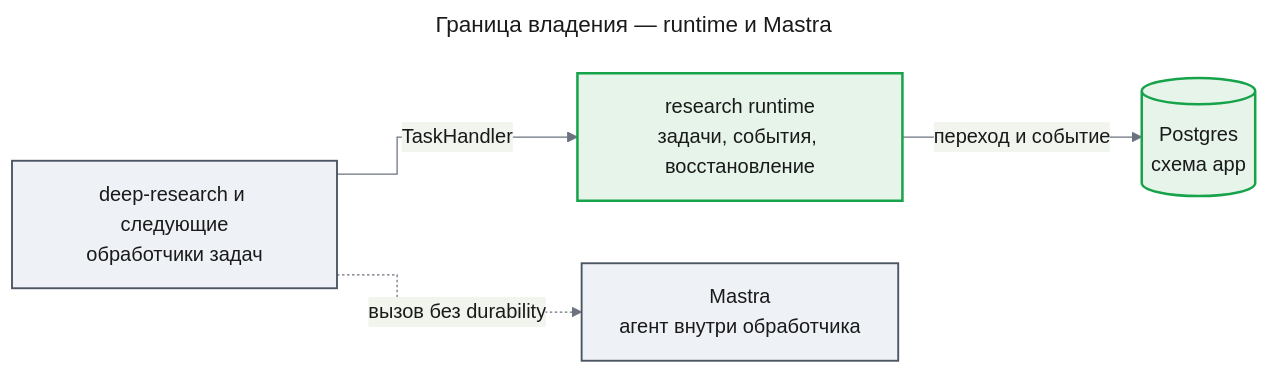
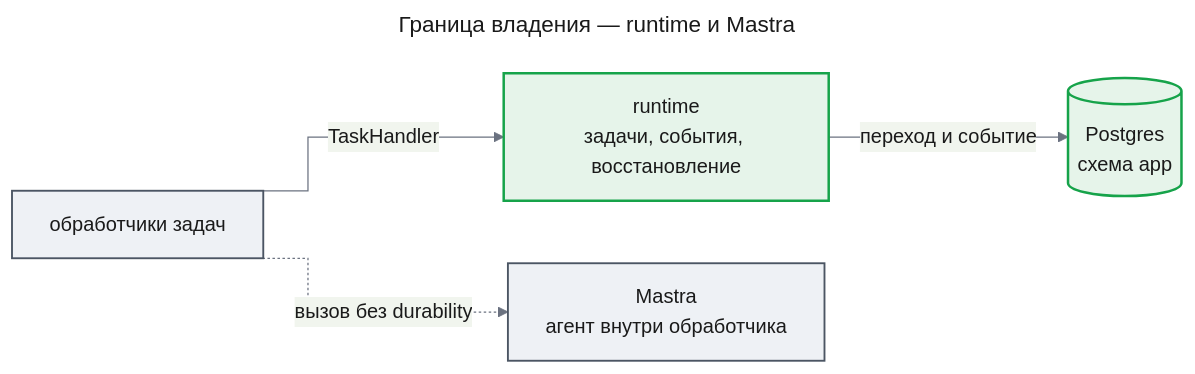
One commit to tundraray/agent-os changed the diagram in docs/adr/ADR-0001-durable-runtime-owner.md. Above: the diagram before and after it, drawn with Mermaid. The commit also changed other lines of this file and 1225 other files, not shown here.

````diff
--- a/docs/adr/ADR-0001-durable-runtime-owner.md
+++ b/docs/adr/ADR-0001-durable-runtime-owner.md
@@ -55,27 +55,27 @@
 ```mermaid
 ---
 title: "Граница владения — runtime и Mastra"
 config:
   theme: base
   look: classic
   themeVariables:
     primaryColor: "#eef1f5"
     primaryBorderColor: "#4b5563"
     primaryTextColor: "#1a1a1a"
     lineColor: "#6b7280"
   flowchart:
     curve: step
 ---
 flowchart LR
-    feat["deep-research и следующие<br/>обработчики задач"]
-    rt["research runtime<br/>задачи, события, восстановление"]
+    feat["обработчики задач"]
+    rt["runtime<br/>задачи, события, восстановление"]
     db[("Postgres<br/>схема app")]
     mastra["Mastra<br/>агент внутри обработчика"]
     feat -->|"TaskHandler"| rt
     rt -->|"переход и событие"| db
     feat -.->|"вызов без durability"| mastra
     classDef new fill:#e6f4ea,stroke:#16a34a,stroke-width:2px,color:#1a1a1a
     classDef unchanged fill:#eef1f5,stroke:#4b5563,stroke-width:1.5px,color:#1a1a1a
     class rt,db new
     class feat,mastra unchanged
 ```
````
